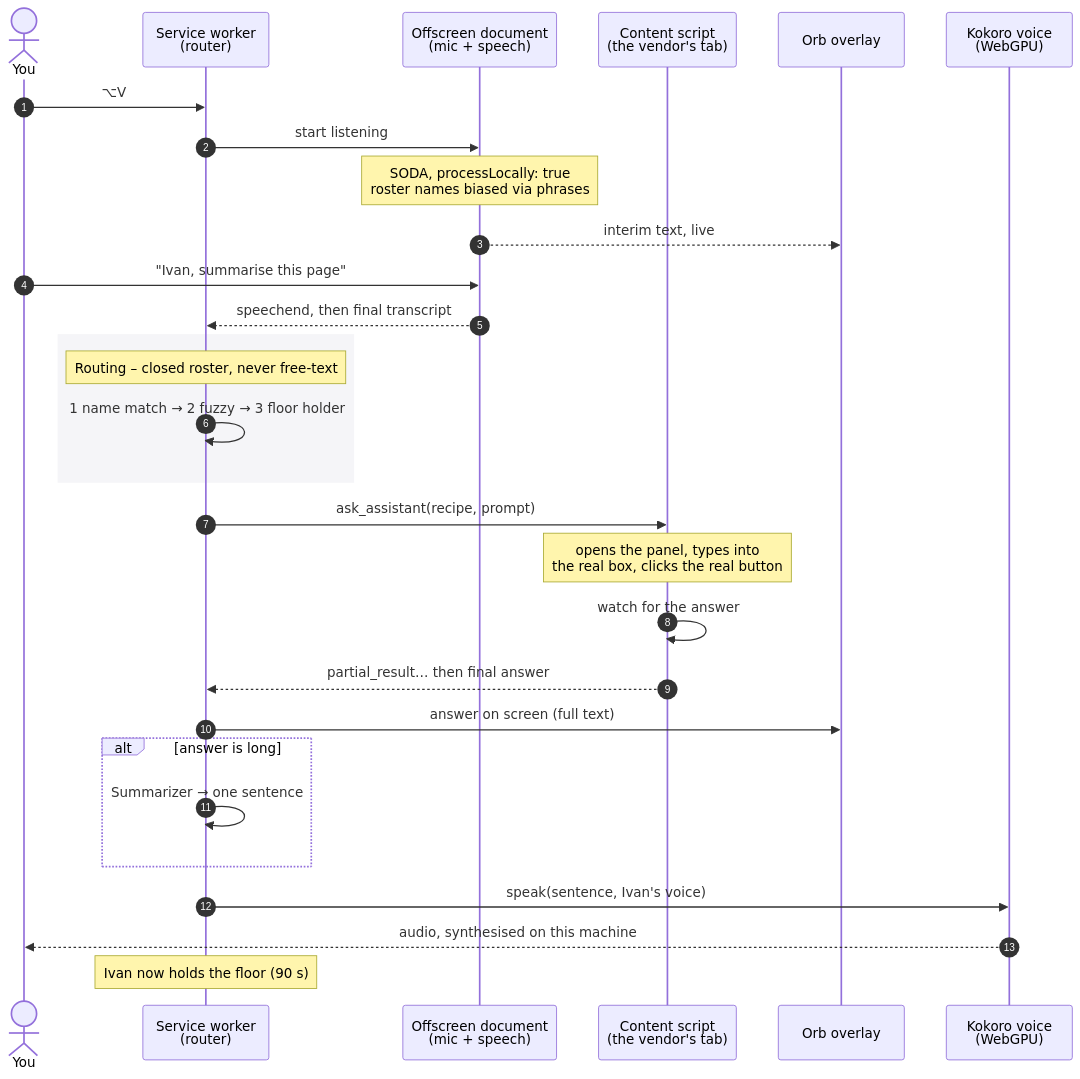
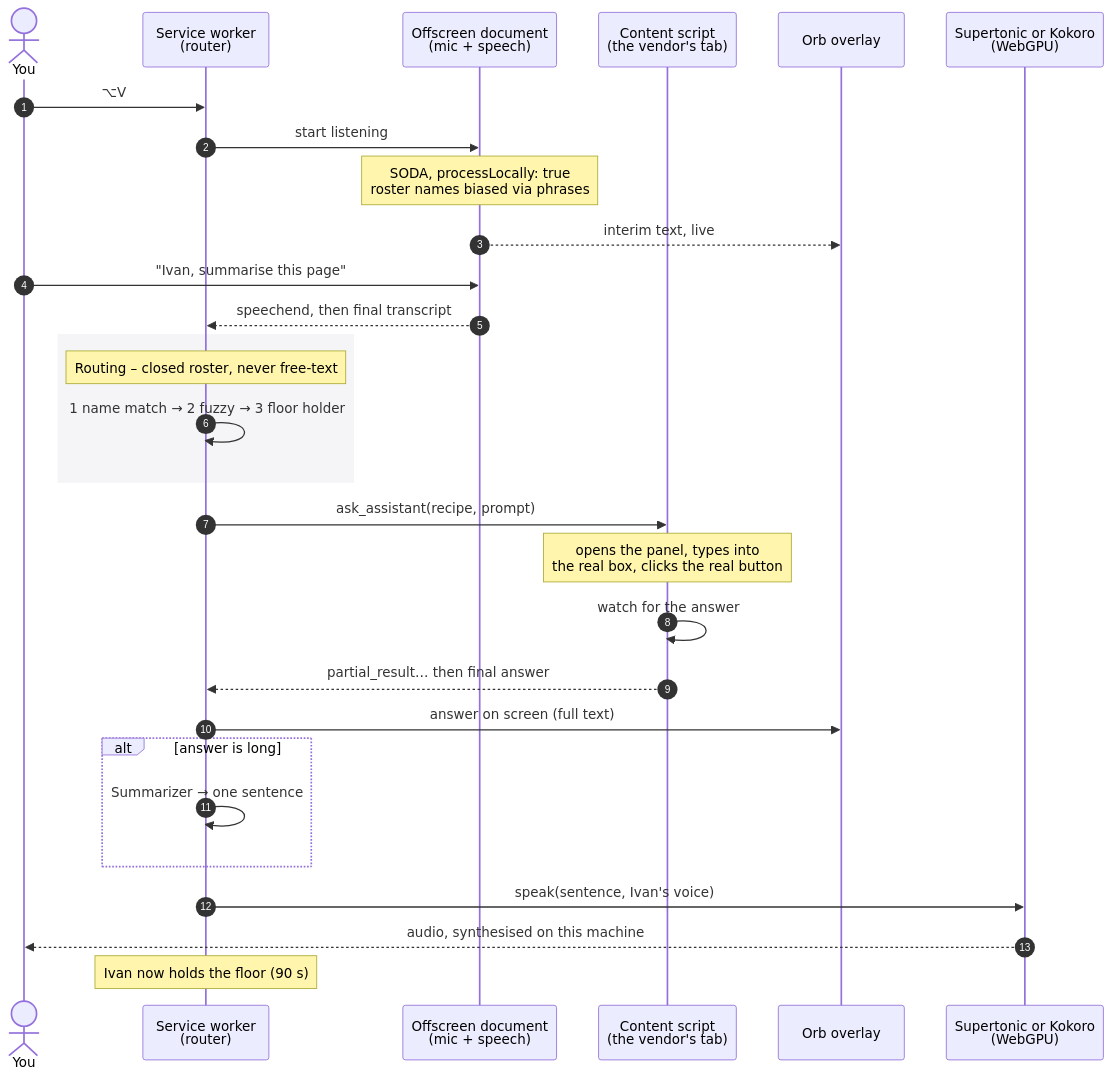
The first of 5 diagrams in README.md (openposse-org/openposse-extension), drawn with Mermaid before and after one commit. The commit also changed other lines of this file and 5 other files, not shown here.

````diff
--- a/README.md
+++ b/README.md
@@ -56,36 +56,36 @@
 ```mermaid
 sequenceDiagram
     autonumber
     actor You
     participant SW as Service worker<br/>(router)
     participant Mic as Offscreen document<br/>(mic + speech)
     participant CS as Content script<br/>(the vendor's tab)
     participant Orb as Orb overlay
-    participant K as Kokoro voice<br/>(WebGPU)
+    participant K as Supertonic or Kokoro<br/>(WebGPU)
 
     You->>SW: ⌥V
     SW->>Mic: start listening
     Note over Mic: SODA, processLocally: true<br/>roster names biased via phrases
     Mic-->>Orb: interim text, live
     You->>Mic: "Ivan, summarise this page"
     Mic-->>SW: speechend, then final transcript
 
     rect rgb(245,245,248)
     Note over SW: Routing – closed roster, never free-text
     SW->>SW: 1 name match → 2 fuzzy → 3 floor holder
     end
 
     SW->>CS: ask_assistant(recipe, prompt)
     Note over CS: opens the panel, types into<br/>the real box, clicks the real button
     CS->>CS: watch for the answer
     CS-->>SW: partial_result… then final answer
     SW->>Orb: answer on screen (full text)
 
     alt answer is long
         SW->>SW: Summarizer → one sentence
     end
 
     SW->>K: speak(sentence, Ivan's voice)
     K-->>You: audio, synthesised on this machine
     Note over SW: Ivan now holds the floor (90 s)
 ```
````
